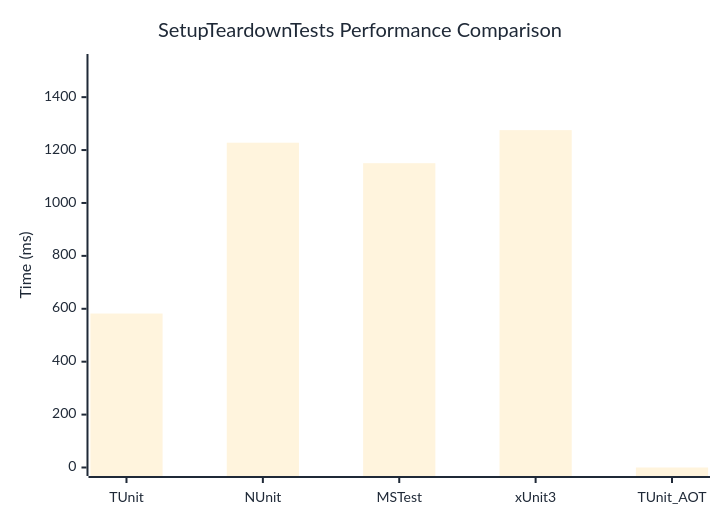
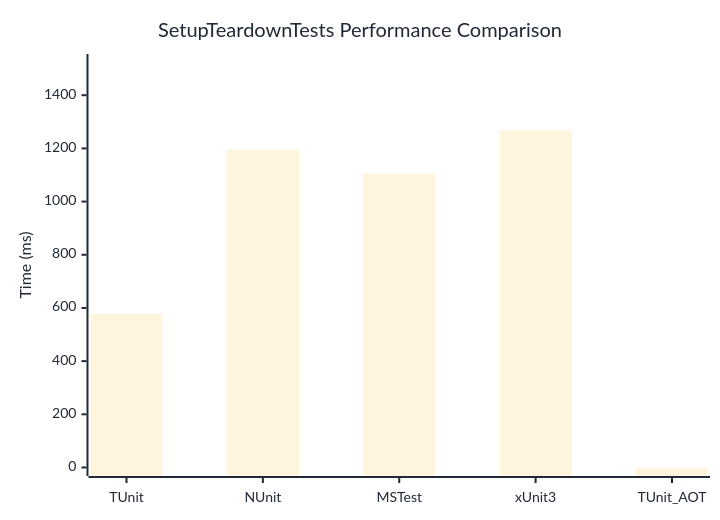
One commit to thomhurst/TUnit changed the diagram in docs/docs/benchmarks/SetupTeardownTests.md. Above: the diagram before and after it, drawn with Mermaid. The commit also changed other lines of this file and 17 other files, not shown here.

````diff
--- a/docs/docs/benchmarks/SetupTeardownTests.md
+++ b/docs/docs/benchmarks/SetupTeardownTests.md
@@ -27,37 +27,37 @@
 ```mermaid
 %%{init: {
   'theme':'base',
   'themeVariables': {
     'primaryColor': '#2563eb',
     'primaryTextColor': '#1f2937',
     'primaryBorderColor': '#1e40af',
     'lineColor': '#6b7280',
     'secondaryColor': '#7c3aed',
     'tertiaryColor': '#dc2626',
     'background': '#ffffff',
     'mainBkg': '#2563eb',
     'secondBkg': '#7c3aed',
     'tertiaryBkg': '#dc2626',
     'clusterBkg': '#f3f4f6',
     'edgeLabelBackground': '#ffffff',
     'tertiaryTextColor': '#1f2937',
     'pie1': '#2563eb',
     'pie2': '#7c3aed',
     'pie3': '#dc2626',
     'pie4': '#f59e0b',
     'pie5': '#10b981',
     'pie6': '#06b6d4',
     'pie7': '#ec4899',
     'pie8': '#6366f1',
     'pie9': '#84cc16',
     'pie10': '#f97316',
     'pie11': '#14b8a6',
     'pie12': '#a855f7'
   }
 }}%%
 xychart-beta
   title "SetupTeardownTests Performance Comparison"
   x-axis ["TUnit", "NUnit", "MSTest", "xUnit3", "TUnit_AOT"]
-  y-axis "Time (ms)" 0 --> 1531
-  bar [582, 1227.8, 1150.4, 1275.3, 0]
+  y-axis "Time (ms)" 0 --> 1523
+  bar [577.9, 1194.4, 1105.4, 1268.8, 0]
 ```
````
